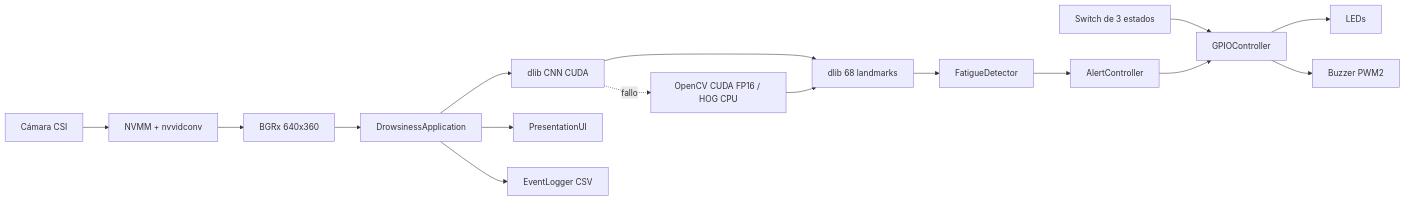
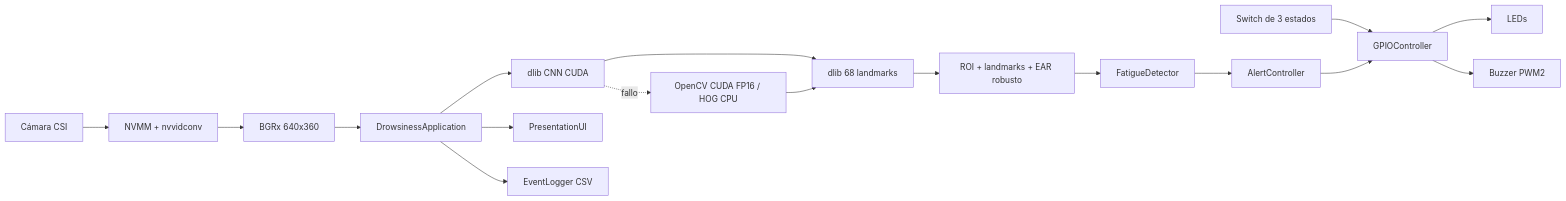
Before and after one commit to JFRo57/tt2_drowsiness_jetson: the diagram in README.md, drawn with Mermaid. The commit also changed other lines of this file and 9 other files, not shown here.

````diff
--- a/README.md
+++ b/README.md
@@ -72,18 +78,19 @@
 ```mermaid
 flowchart LR
     CAM[Cámara CSI] --> GST[NVMM + nvvidconv]
     GST --> BGRX[BGRx 640x360]
     BGRX --> APP[DrowsinessApplication]
     APP --> GPU[dlib CNN CUDA]
     GPU --> FACE[dlib 68 landmarks]
     GPU -. fallo .-> FALLBACK[OpenCV CUDA FP16 / HOG CPU]
     FALLBACK --> FACE
-    FACE --> FATIGUE[FatigueDetector]
+    FACE --> STABLE[ROI + landmarks + EAR robusto]
+    STABLE --> FATIGUE[FatigueDetector]
     FATIGUE --> ALERT[AlertController]
     SWITCH[Switch de 3 estados] --> GPIO[GPIOController]
     ALERT --> GPIO
     GPIO --> LED[LEDs]
     GPIO --> BUZZER[Buzzer PWM2]
     APP --> UI[PresentationUI]
     APP --> LOG[EventLogger CSV]
 ```
````
